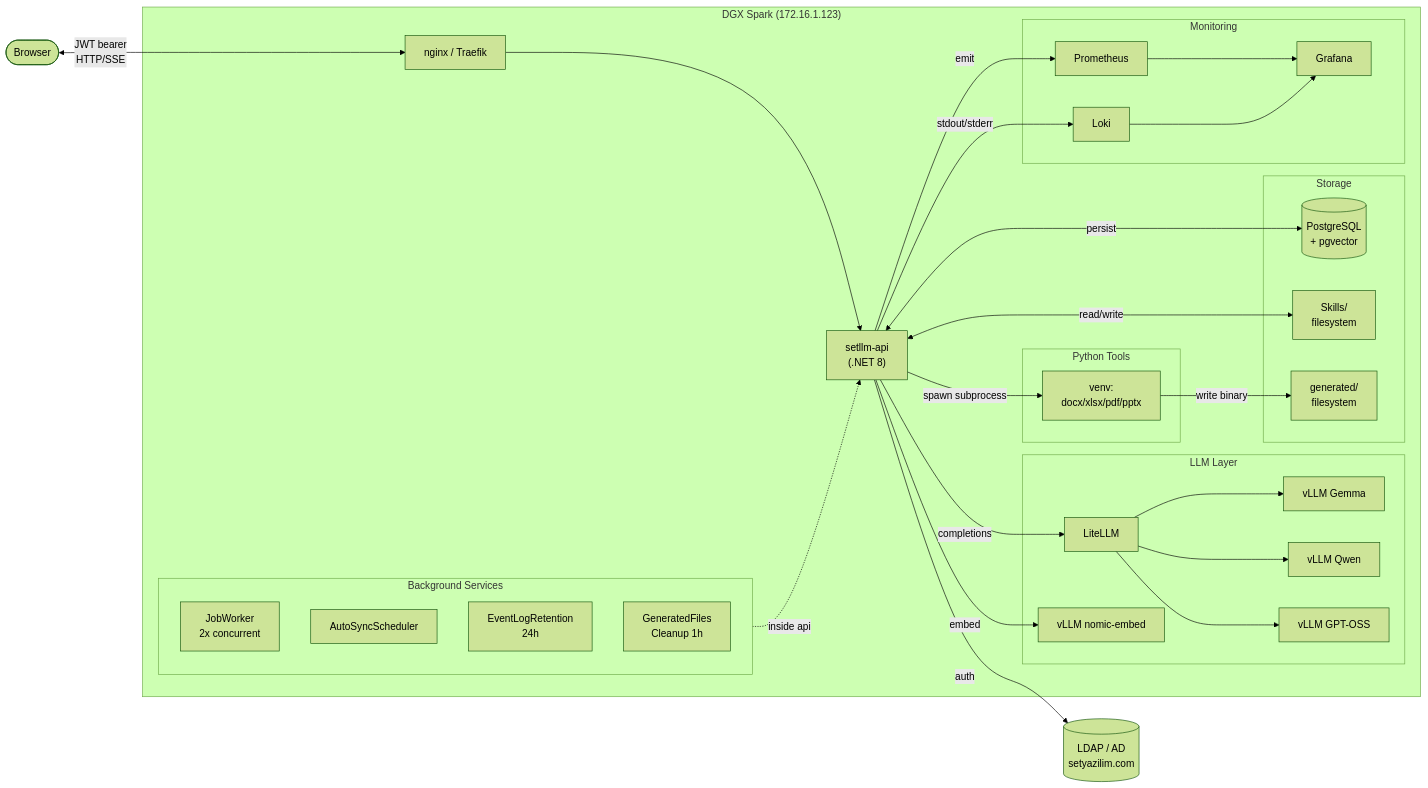
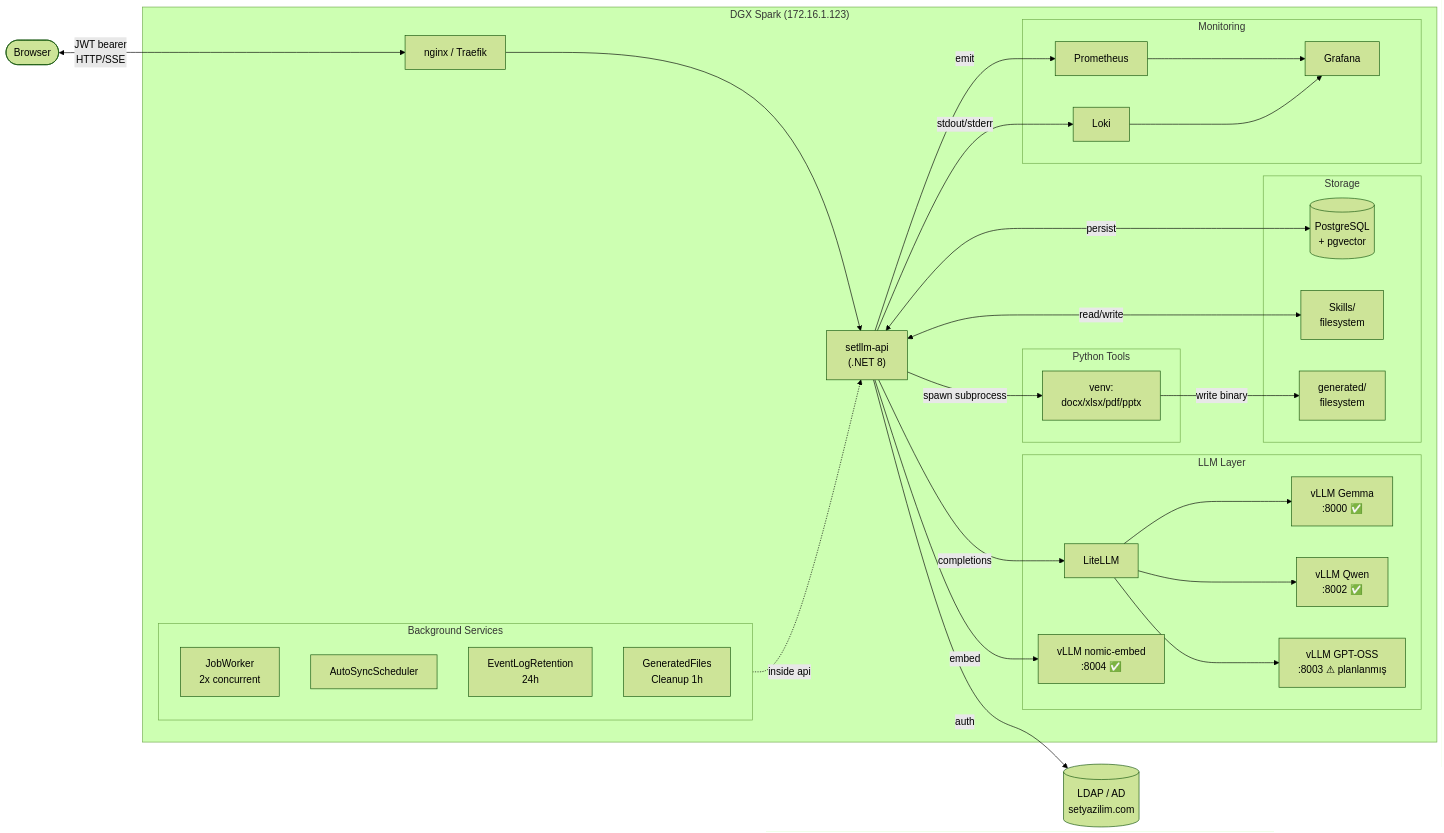
The diagram in documents/ARCHITECTURE.md (burakpus/LLM), drawn with Mermaid (forest theme) before and after one commit. The commit also changed other lines of this file and 3 other files, not shown here.

````diff
--- a/documents/ARCHITECTURE.md
+++ b/documents/ARCHITECTURE.md
@@ -18,58 +18,58 @@
 ```mermaid
 flowchart LR
     Browser([Browser])
 
     subgraph DGX["DGX Spark (172.16.1.123)"]
         nginx[nginx / Traefik]
         api["setllm-api<br/>(.NET 8)"]
 
         subgraph llm["LLM Layer"]
             litellm[LiteLLM]
-            vllmG[vLLM Gemma]
-            vllmQ[vLLM Qwen]
-            vllmGPT[vLLM GPT-OSS]
-            vllmE[vLLM nomic-embed]
+            vllmG[vLLM Gemma<br/>:8000 ✅]
+            vllmQ[vLLM Qwen<br/>:8002 ✅]
+            vllmGPT[vLLM GPT-OSS<br/>:8003 ⚠ planlanmış]
+            vllmE[vLLM nomic-embed<br/>:8004 ✅]
         end
 
         subgraph store["Storage"]
             pg[(PostgreSQL<br/>+ pgvector)]
             skills[Skills/<br/>filesystem]
             gen[generated/<br/>filesystem]
         end
 
         subgraph mon["Monitoring"]
             prom[Prometheus]
             graf[Grafana]
             loki[Loki]
         end
 
         subgraph bg["Background Services"]
             jobs[JobWorker<br/>2x concurrent]
             sched[AutoSyncScheduler]
             ret[EventLogRetention<br/>24h]
             cleanup[GeneratedFiles<br/>Cleanup 1h]
         end
 
         subgraph tools["Python Tools"]
             pyvenv[venv:<br/>docx/xlsx/pdf/pptx]
         end
     end
 
     ldap[(LDAP / AD<br/>setyazilim.com)]
 
     Browser <-->|JWT bearer<br/>HTTP/SSE| nginx
     nginx --> api
     api -->|completions| litellm
     litellm --> vllmG & vllmQ & vllmGPT
     api -->|embed| vllmE
     api <-->|persist| pg
     api <-->|read/write| skills
     api -->|spawn subprocess| pyvenv
     pyvenv -->|write binary| gen
     api -->|auth| ldap
     api -->|emit| prom
     api -->|stdout/stderr| loki
     prom --> graf
     loki --> graf
     bg -.->|inside api| api
 ```
````
